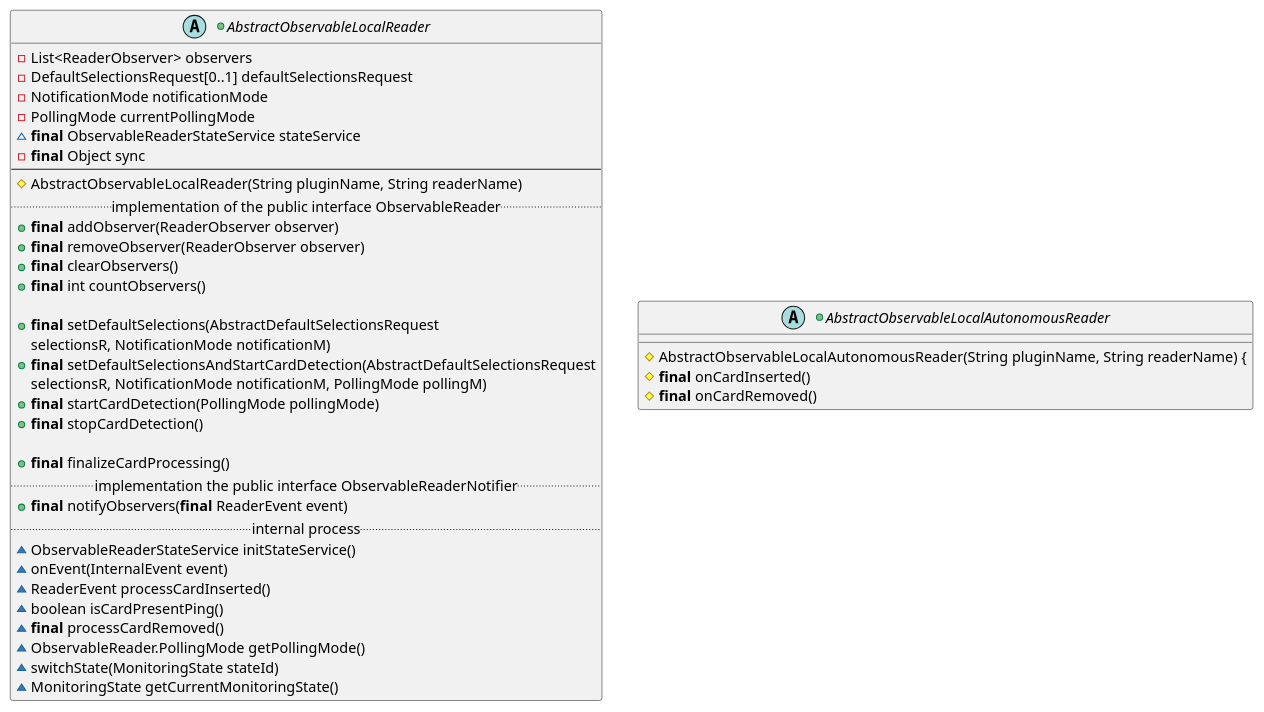
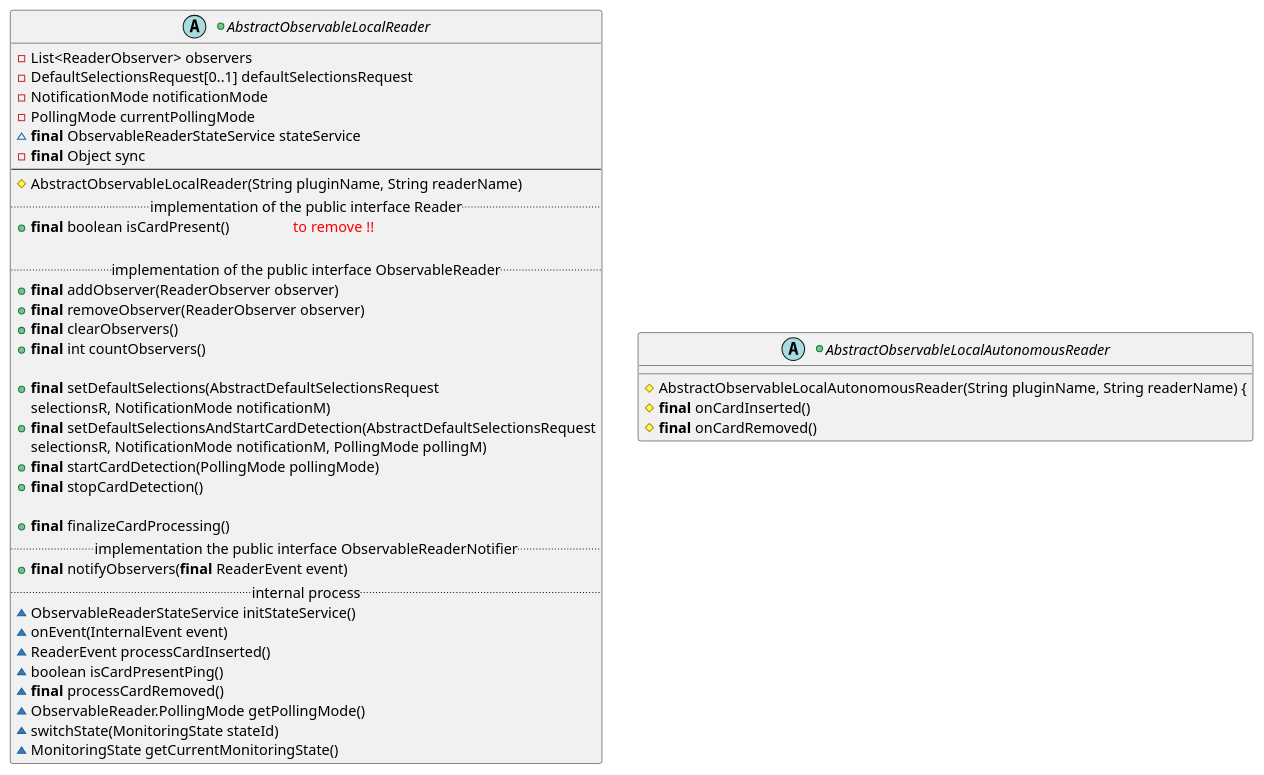
The tenth of 11 diagrams in media/architecture/puml/KeypleCore_Plugin_ClassDiag_ClassElements.iuml (yvonneyam/keyple-website), drawn with PlantUML before and after one commit. The commit also changed other lines of this file and 1880 other files, not shown here.

```diff
--- a/media/architecture/puml/KeypleCore_Plugin_ClassDiag_ClassElements.iuml
+++ b/media/architecture/puml/KeypleCore_Plugin_ClassDiag_ClassElements.iuml
@@ -214,52 +216,53 @@
 @startuml(id=PLUGIN_OBSERVABLEREADER_1_0_0)
 +abstract AbstractObservableLocalReader {
   -List<ReaderObserver> observers
   -DefaultSelectionsRequest[0..1] defaultSelectionsRequest
   -NotificationMode notificationMode
   -PollingMode currentPollingMode
   ~<b>final</b> ObservableReaderStateService stateService
   -<b>final</b> Object sync
   --
   #AbstractObservableLocalReader(String pluginName, String readerName)
 '
-'  .. implementation of the public interface CardReader ..
-'  +<b>final</b> boolean isCardPresent()                            <color:red>to remove !!</color>
+  .. implementation of the public interface Reader ..
+  +<b>final</b> boolean isCardPresent()                 <color:red>to remove !!</color>
+
   .. implementation of the public interface ObservableReader ..
   +<b>final</b> addObserver(ReaderObserver observer)
   +<b>final</b> removeObserver(ReaderObserver observer)
   +<b>final</b> clearObservers()
   +<b>final</b> int countObservers()
 
   +<b>final</b> setDefaultSelections(AbstractDefaultSelectionsRequest
       selectionsR, NotificationMode notificationM)
   +<b>final</b> setDefaultSelectionsAndStartCardDetection(AbstractDefaultSelectionsRequest
       selectionsR, NotificationMode notificationM, PollingMode pollingM)
   +<b>final</b> startCardDetection(PollingMode pollingMode)
   +<b>final</b> stopCardDetection()
 
   +<b>final</b> finalizeCardProcessing()
 '  ~<b>final</b> terminateCardCommunication()       <color:red>only one to keep ??</color>
 '
   .. implementation the public interface ObservableReaderNotifier ..
   +<b>final</b> notifyObservers(<b>final</b> ReaderEvent event)
 '
 '  .. protected abstract method to be implemented by <color:blue>native</color> ObservableReader ..
 '  #{abstract} ObservableReaderStateService <color:blue>initStateService</color>()
   .. internal process ..
   ~ObservableReaderStateService initStateService()
   ~onEvent(InternalEvent event)
   ~ReaderEvent processCardInserted()
   ~boolean isCardPresentPing()
   ~<b>final</b> processCardRemoved()
   ~ObservableReader.PollingMode getPollingMode()
   ~switchState(MonitoringState stateId)
   ~MonitoringState getCurrentMonitoringState()
 }
 
 +abstract AbstractObservableLocalAutonomousReader {
   #AbstractObservableLocalAutonomousReader(String pluginName, String readerName) {
   #<b>final</b> onCardInserted()
   #<b>final</b> onCardRemoved()
 }
 
 @enduml
```
